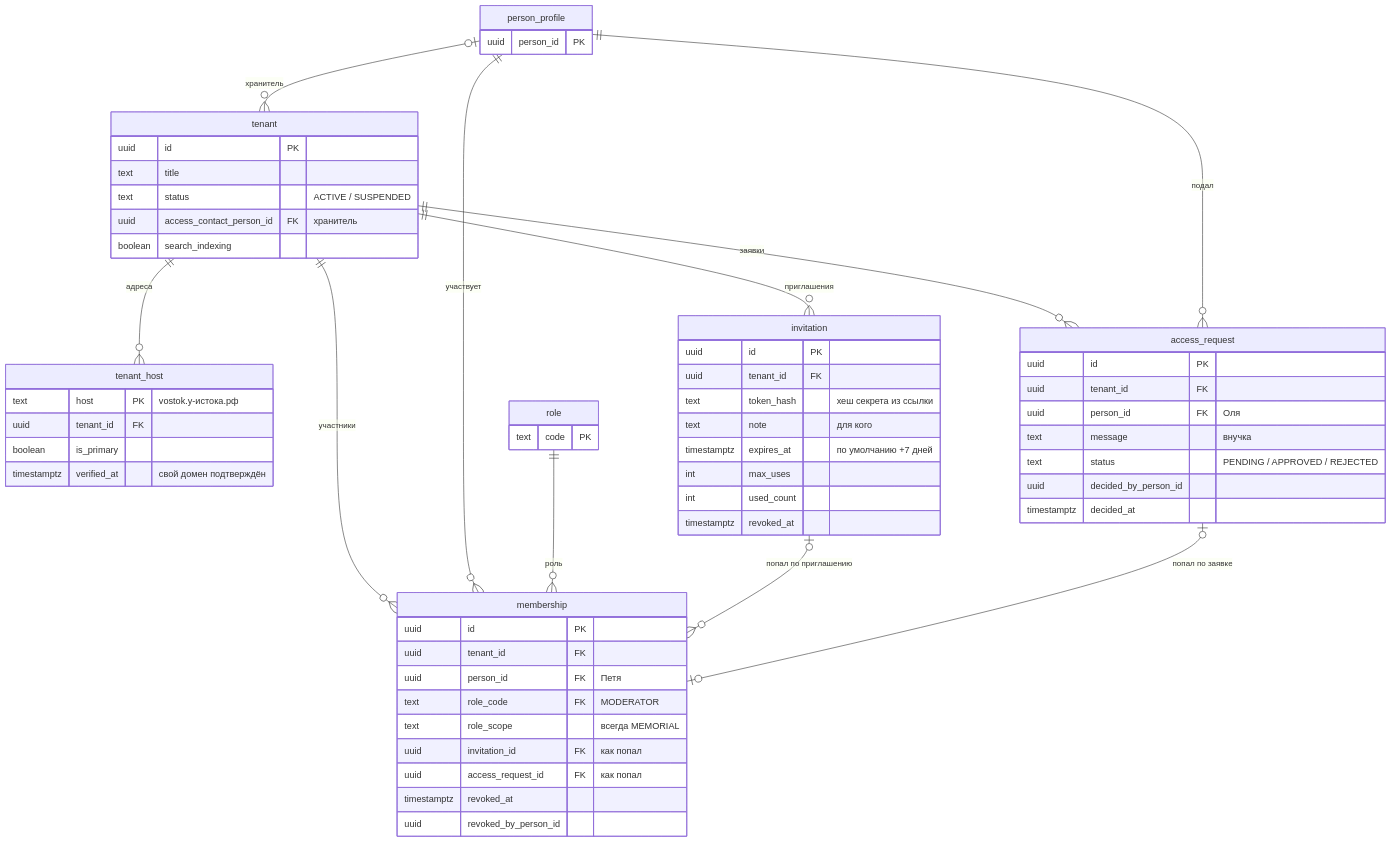
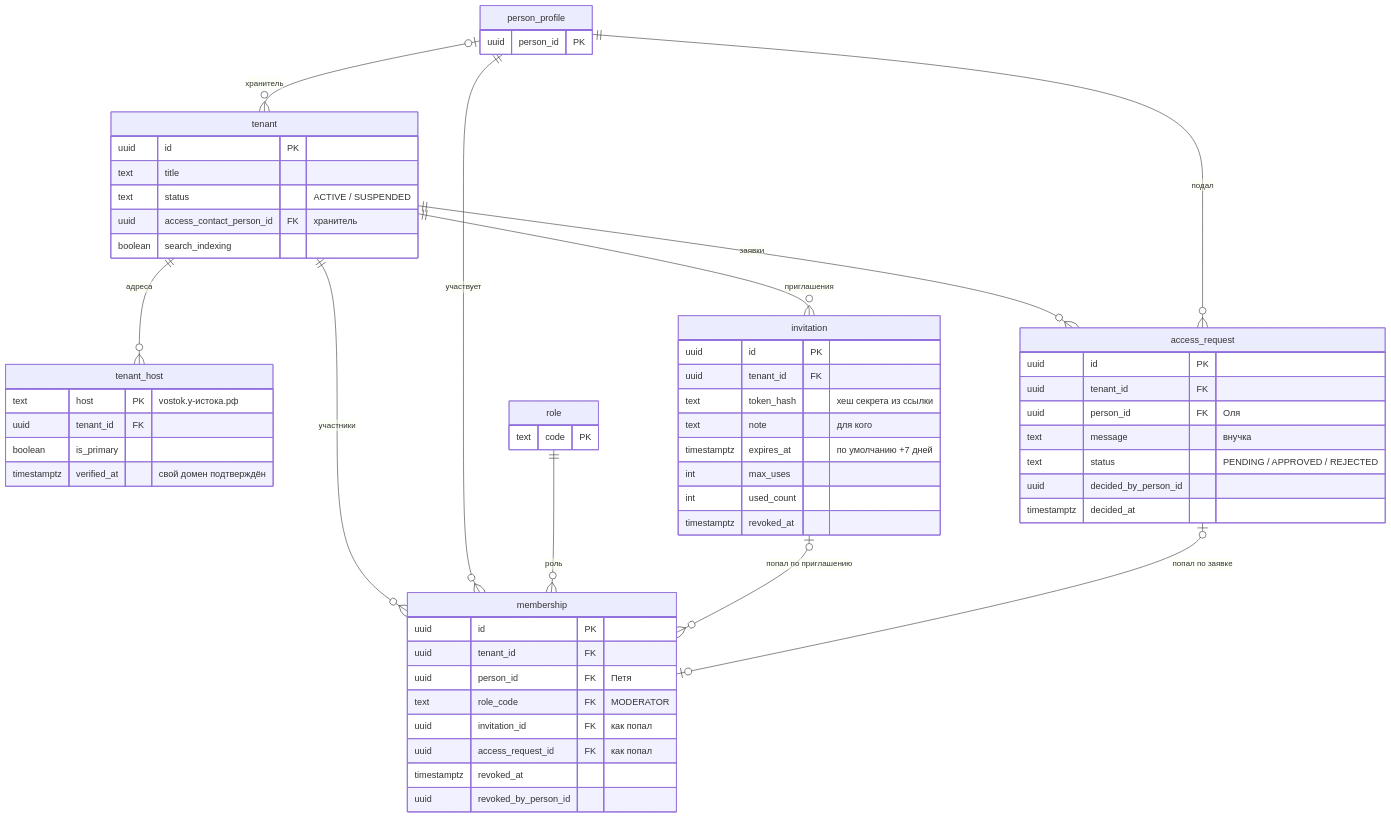
Before and after one commit to KiraKhvan/memory_docs: the third of 4 diagrams in domain_model/Access-schema.md, drawn with Mermaid. The commit also changed other lines of this file, not shown here.

Commit message:
Access-schema.md: drop technical scope columns from assignment tables

````diff
--- a/domain_model/Access-schema.md
+++ b/domain_model/Access-schema.md
@@ -114,62 +112,61 @@
 ```mermaid
 erDiagram
     tenant ||--o{ tenant_host : "адреса"
     tenant ||--o{ membership : "участники"
     person_profile ||--o{ membership : "участвует"
     role ||--o{ membership : "роль"
     tenant ||--o{ invitation : "приглашения"
     invitation |o--o{ membership : "попал по приглашению"
     tenant ||--o{ access_request : "заявки"
     person_profile ||--o{ access_request : "подал"
     access_request |o--o| membership : "попал по заявке"
     person_profile |o--o{ tenant : "хранитель"
     tenant {
         uuid id PK
         text title
         text status "ACTIVE / SUSPENDED"
         uuid access_contact_person_id FK "хранитель"
         boolean search_indexing
     }
     tenant_host {
         text host PK "vostok.у-истока.рф"
         uuid tenant_id FK
         boolean is_primary
         timestamptz verified_at "свой домен подтверждён"
     }
     membership {
         uuid id PK
         uuid tenant_id FK
         uuid person_id FK "Петя"
         text role_code FK "MODERATOR"
-        text role_scope "всегда MEMORIAL"
         uuid invitation_id FK "как попал"
         uuid access_request_id FK "как попал"
         timestamptz revoked_at
         uuid revoked_by_person_id
     }
     invitation {
         uuid id PK
         uuid tenant_id FK
         text token_hash "хеш секрета из ссылки"
         text note "для кого"
         timestamptz expires_at "по умолчанию +7 дней"
         int max_uses
         int used_count
         timestamptz revoked_at
     }
     access_request {
         uuid id PK
         uuid tenant_id FK
         uuid person_id FK "Оля"
         text message "внучка"
         text status "PENDING / APPROVED / REJECTED"
         uuid decided_by_person_id
         timestamptz decided_at
     }
     person_profile {
         uuid person_id PK
     }
     role {
         text code PK
     }
 ```
````
